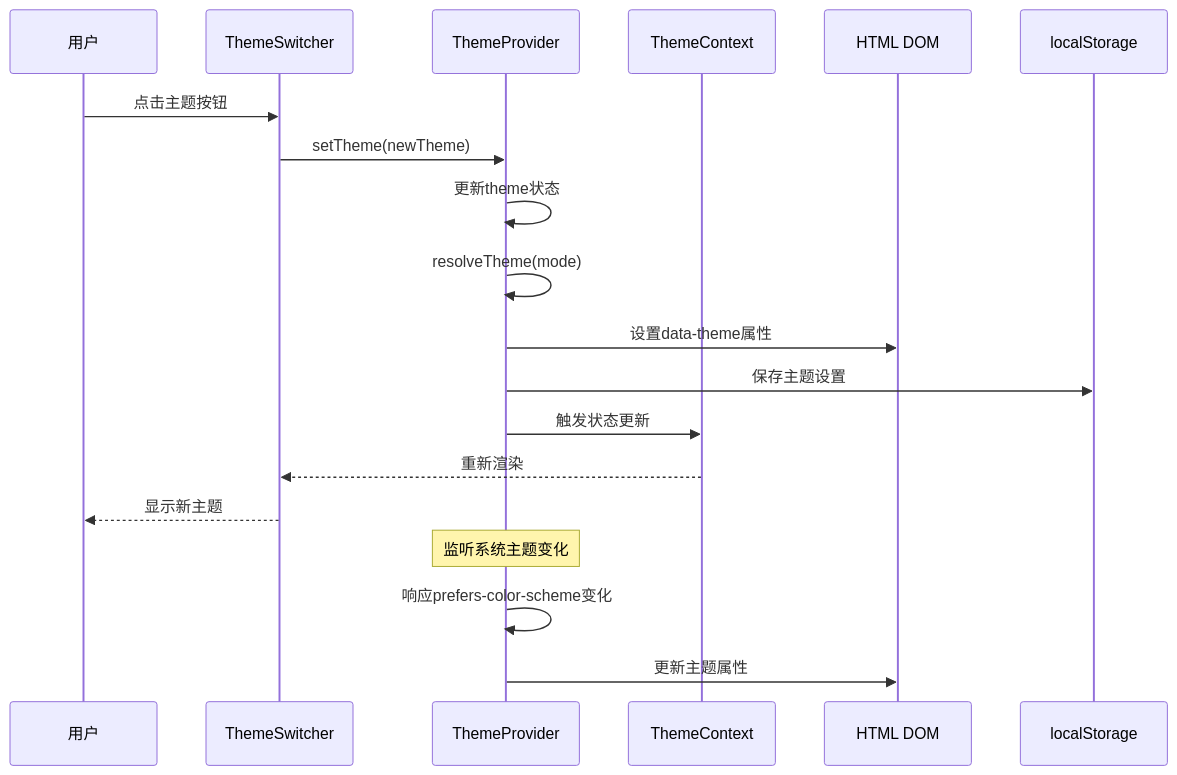
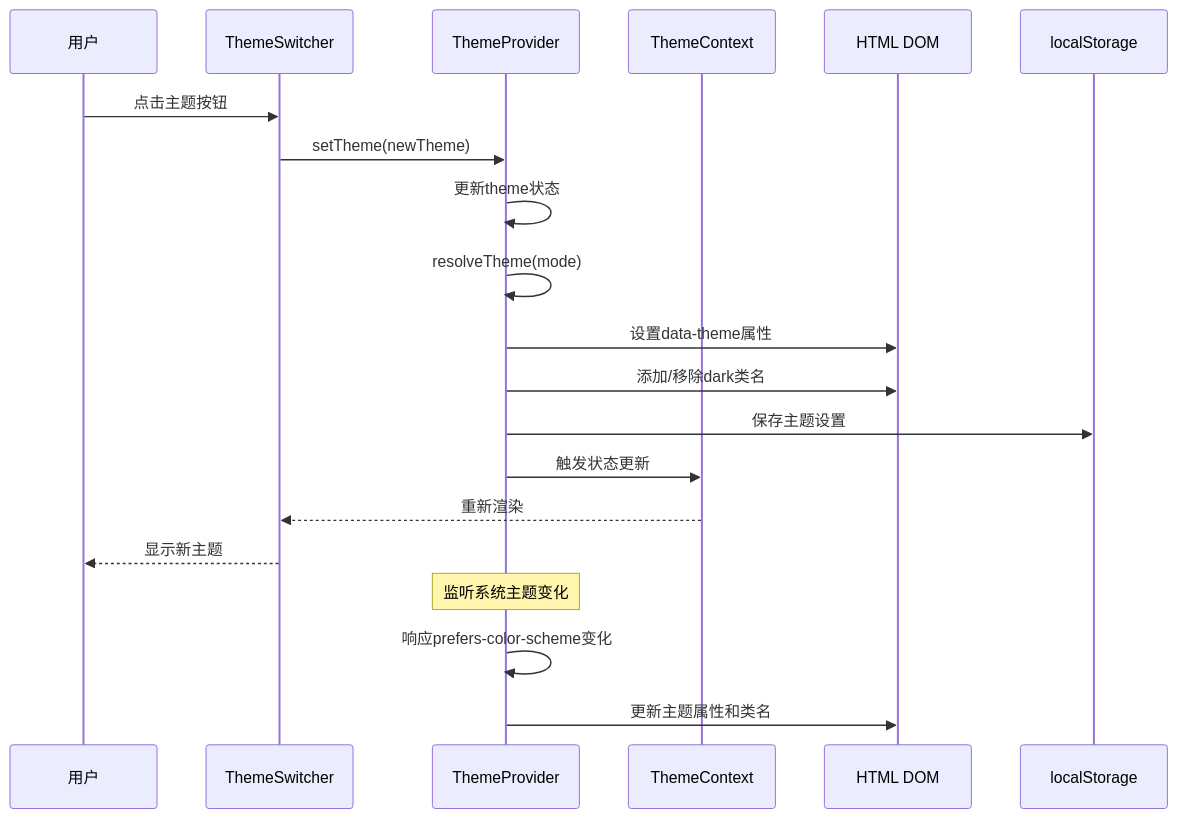
Before and after one commit to CryptoLinxu/Web3-AI-Agent: the second of 11 diagrams in .qoder/repowiki/zh/content/项目概述/整体架构概览/Web应用程序/主题系统实现.md, drawn with Mermaid. The commit also changed other lines of this file and 11 other files, not shown here.

````diff
--- a/.qoder/repowiki/zh/content/项目概述/整体架构概览/Web应用程序/主题系统实现.md
+++ b/.qoder/repowiki/zh/content/项目概述/整体架构概览/Web应用程序/主题系统实现.md
@@ -146,21 +146,22 @@
 ```mermaid
 sequenceDiagram
 participant User as 用户
 participant Switcher as ThemeSwitcher
 participant Provider as ThemeProvider
 participant Context as ThemeContext
 participant DOM as HTML DOM
 participant Storage as localStorage
 User->>Switcher : 点击主题按钮
 Switcher->>Provider : setTheme(newTheme)
 Provider->>Provider : 更新theme状态
 Provider->>Provider : resolveTheme(mode)
 Provider->>DOM : 设置data-theme属性
+Provider->>DOM : 添加/移除dark类名
 Provider->>Storage : 保存主题设置
 Provider->>Context : 触发状态更新
 Context-->>Switcher : 重新渲染
 Switcher-->>User : 显示新主题
 Note over Provider : 监听系统主题变化
 Provider->>Provider : 响应prefers-color-scheme变化
-Provider->>DOM : 更新主题属性
+Provider->>DOM : 更新主题属性和类名
 ```
````
